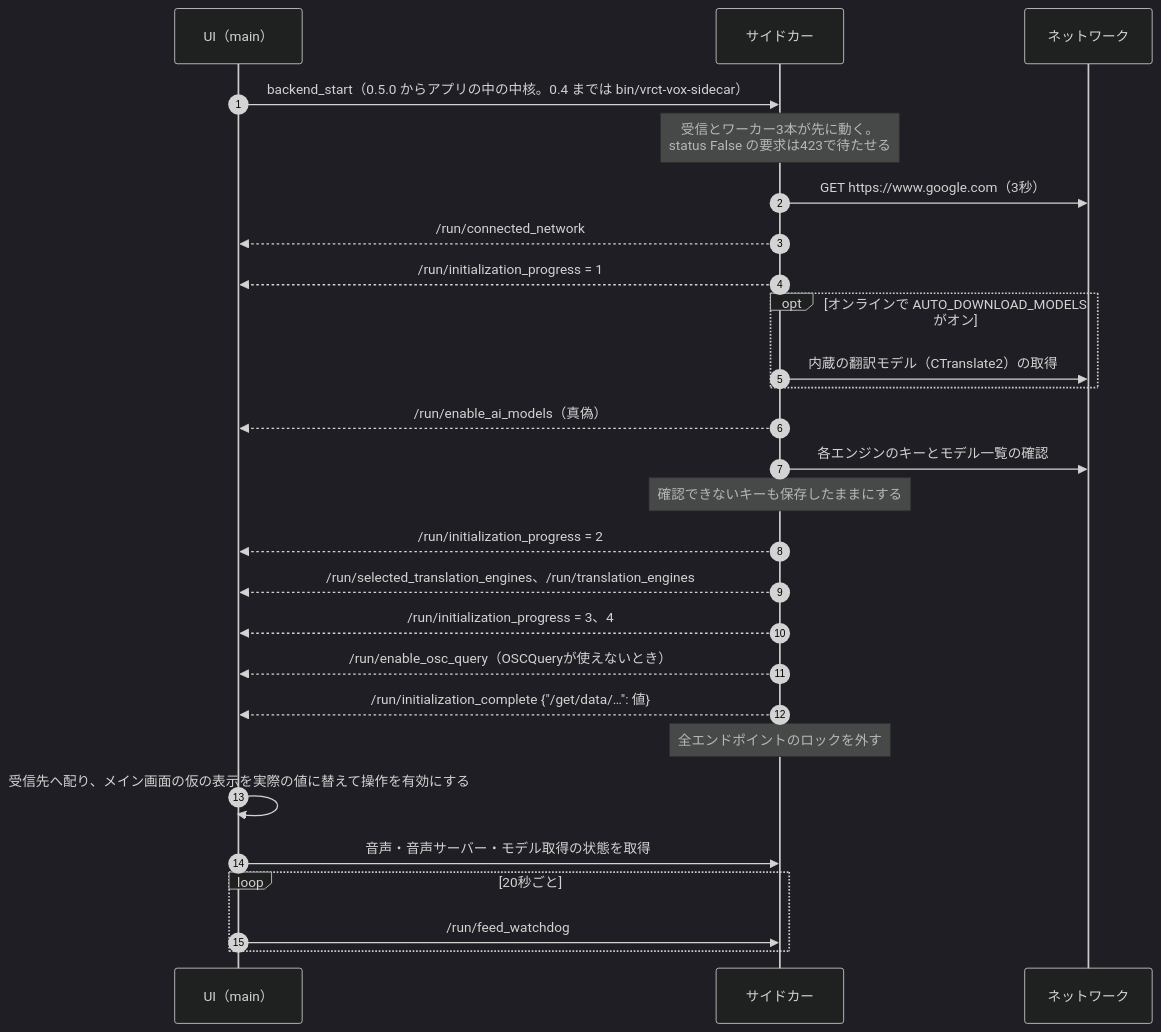
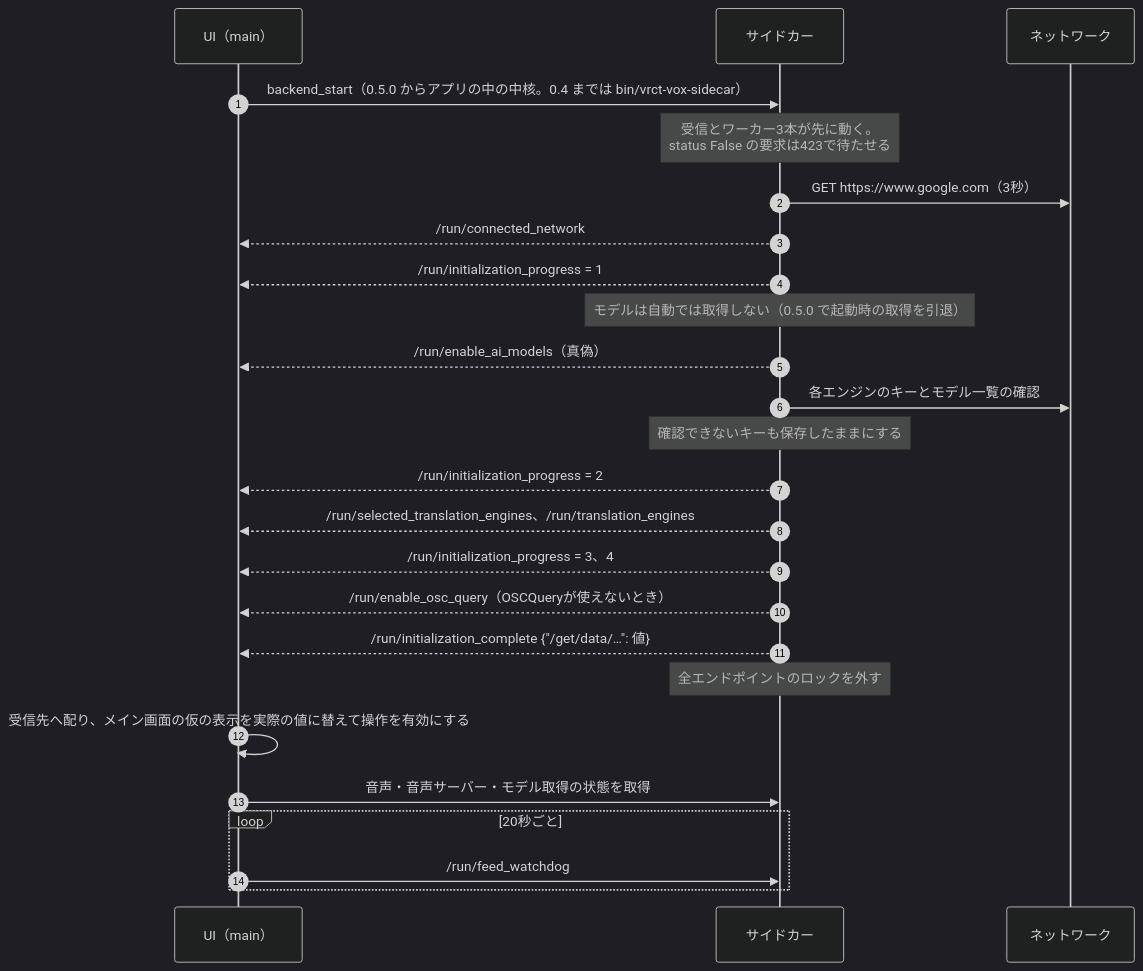
One commit to kein5/astarot changed the first of 7 diagrams in docs/spec/sequences.md. Above: the diagram before and after it, drawn with Mermaid (dark theme). The commit also changed 9 other files, not shown here.

````diff
--- a/docs/spec/sequences.md
+++ b/docs/spec/sequences.md
@@ -7,29 +7,27 @@
 ```mermaid
 sequenceDiagram
   autonumber
   participant UI as UI（main）
   participant S as サイドカー
   participant Net as ネットワーク
   UI->>S: backend_start（0.5.0 からアプリの中の中核。0.4 までは bin/vrct-vox-sidecar）
   Note over S: 受信とワーカー3本が先に動く。<br/>status False の要求は423で待たせる
   S->>Net: GET https://www.google.com（3秒）
   S-->>UI: /run/connected_network
   S-->>UI: /run/initialization_progress = 1
-  opt オンラインで AUTO_DOWNLOAD_MODELS がオン
-    S->>Net: 内蔵の翻訳モデル（CTranslate2）の取得
-  end
+  Note over S: モデルは自動では取得しない（0.5.0 で起動時の取得を引退）
   S-->>UI: /run/enable_ai_models（真偽）
   S->>Net: 各エンジンのキーとモデル一覧の確認
   Note over S: 確認できないキーも保存したままにする
   S-->>UI: /run/initialization_progress = 2
   S-->>UI: /run/selected_translation_engines、/run/translation_engines
   S-->>UI: /run/initialization_progress = 3、4
   S-->>UI: /run/enable_osc_query（OSCQueryが使えないとき）
   S-->>UI: /run/initialization_complete {"/get/data/…": 値}
   Note over S: 全エンドポイントのロックを外す
   UI->>UI: 受信先へ配り、メイン画面の仮の表示を実際の値に替えて操作を有効にする
   UI->>S: 音声・音声サーバー・モデル取得の状態を取得
   loop 20秒ごと
     UI->>S: /run/feed_watchdog
   end
 ```
````
